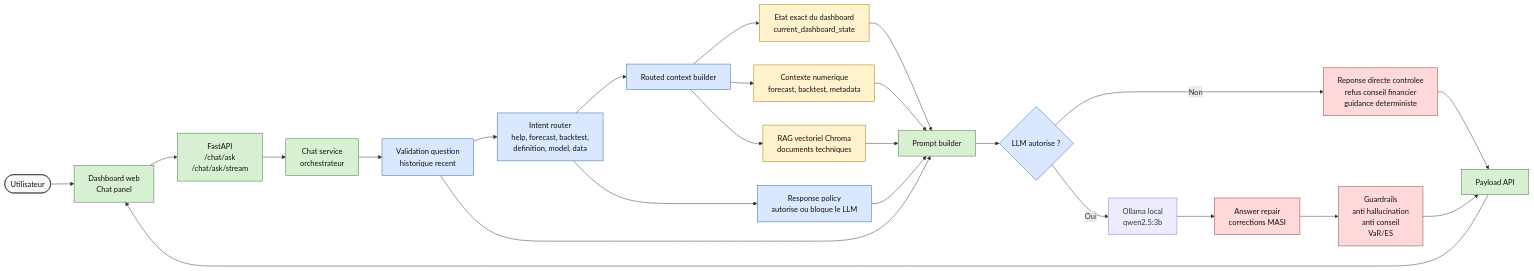
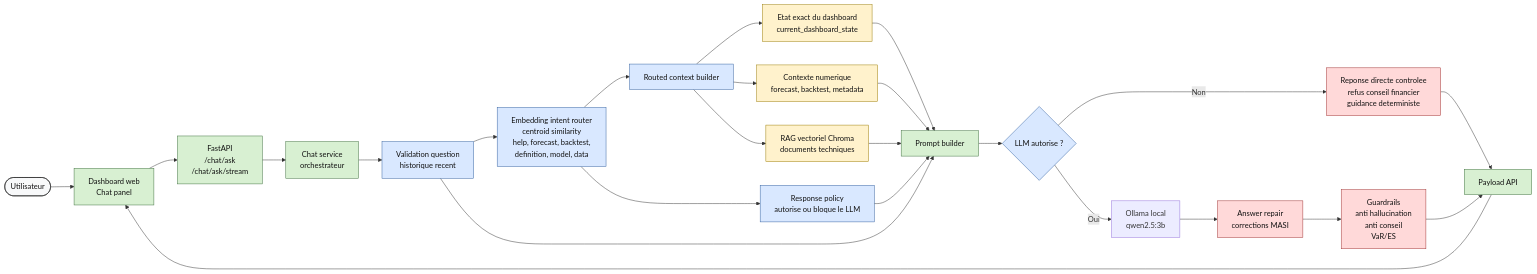
The first of 6 diagrams in docs/CHATBOT_DIAGRAMS.md (mohamedzayd-elfahime/market-risk-forecasting-ai-dashboard), drawn with Mermaid before and after one commit. The commit also changed other lines of this file and 4 other files, not shown here.

````diff
--- a/docs/CHATBOT_DIAGRAMS.md
+++ b/docs/CHATBOT_DIAGRAMS.md
@@ -7,43 +7,43 @@
 ```mermaid
 flowchart LR
     User(["Utilisateur"]) --> UI["Dashboard web<br/>Chat panel"]
     UI --> API["FastAPI<br/>/chat/ask<br/>/chat/ask/stream"]
     API --> Service["Chat service<br/>orchestrateur"]
 
     Service --> Validate["Validation question<br/>historique recent"]
-    Validate --> Intent["Intent router<br/>help, forecast, backtest,<br/>definition, model, data"]
+    Validate --> Intent["Embedding intent router<br/>centroid similarity<br/>help, forecast, backtest,<br/>definition, model, data"]
     Intent --> Policy["Response policy<br/>autorise ou bloque le LLM"]
     Intent --> Context["Routed context builder"]
 
     Context --> DashState["Etat exact du dashboard<br/>current_dashboard_state"]
     Context --> Numeric["Contexte numerique<br/>forecast, backtest, metadata"]
     Context --> RAG["RAG vectoriel Chroma<br/>documents techniques"]
 
     DashState --> Prompt["Prompt builder"]
     Numeric --> Prompt
     RAG --> Prompt
     Policy --> Prompt
     Validate --> Prompt
 
     Prompt --> Gate{"LLM autorise ?"}
     Gate -- "Non" --> Direct["Reponse directe controlee<br/>refus conseil financier<br/>guidance deterministe"]
     Gate -- "Oui" --> LLM["Ollama local<br/>qwen2.5:3b"]
 
     LLM --> Repair["Answer repair<br/>corrections MASI"]
     Repair --> Guardrails["Guardrails<br/>anti hallucination<br/>anti conseil<br/>VaR/ES"]
     Direct --> Payload["Payload API"]
     Guardrails --> Payload
     Payload --> UI
 
     classDef user fill:#f8f9fa,stroke:#222,stroke-width:1px,color:#111;
     classDef app fill:#d8f0d2,stroke:#3c6e3c,stroke-width:1px,color:#111;
     classDef control fill:#d9e8ff,stroke:#315f9e,stroke-width:1px,color:#111;
     classDef rag fill:#fff2cc,stroke:#997a00,stroke-width:1px,color:#111;
     classDef safety fill:#ffd9d9,stroke:#9e3131,stroke-width:1px,color:#111;
 
     class User user;
     class UI,API,Service,Prompt,Payload app;
     class Validate,Intent,Policy,Context,Gate control;
     class DashState,Numeric,RAG rag;
     class Direct,Repair,Guardrails safety;
 ```
````
